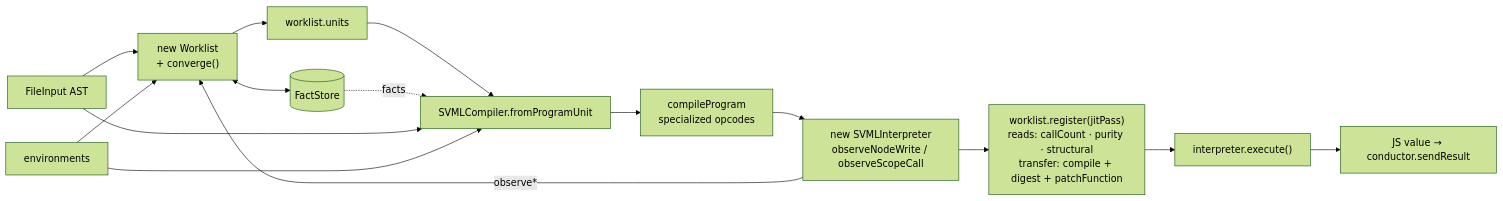
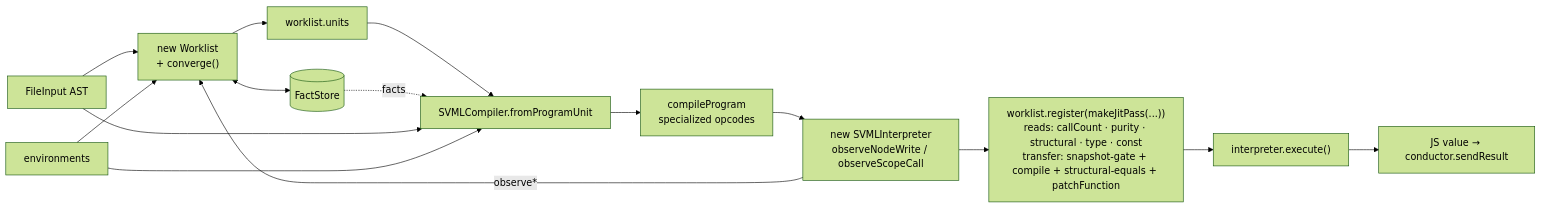
One commit to loyaltypollution/py-slang changed the fourth of 6 diagrams in docs/compilation-flow.md. Above: the diagram before and after it, drawn with Mermaid (forest theme). The commit also changed other lines of this file and 67 other files, not shown here.

````diff
--- a/docs/compilation-flow.md
+++ b/docs/compilation-flow.md
@@ -254,23 +291,23 @@
 ```mermaid
 flowchart LR
     AST["FileInput AST"]
     ENV["environments"]
     WL["new Worklist<br/>+ converge()"]
     UNITS["worklist.units"]
     FS[("FactStore")]
     COMP["SVMLCompiler.fromProgramUnit"]
     EMIT["compileProgram<br/>specialized opcodes"]
     INT["new SVMLInterpreter<br/>observeNodeWrite / observeScopeCall"]
-    JITP["worklist.register(jitPass)<br/>reads: callCount · purity · structural<br/>transfer: compile + digest + patchFunction"]
+    JITP["worklist.register(makeJitPass(...))<br/>reads: callCount · purity · structural · type · const<br/>transfer: snapshot-gate + compile + structural-equals + patchFunction"]
     RUN["interpreter.execute()"]
     OUT["JS value → conductor.sendResult"]
 
     AST --> WL
     ENV --> WL
     WL --> UNITS --> COMP --> EMIT --> INT --> JITP --> RUN --> OUT
     WL <--> FS
     FS -. "facts" .-> COMP
     AST --> COMP
     ENV --> COMP
     INT -- "observe*" --> WL
 ```
````
